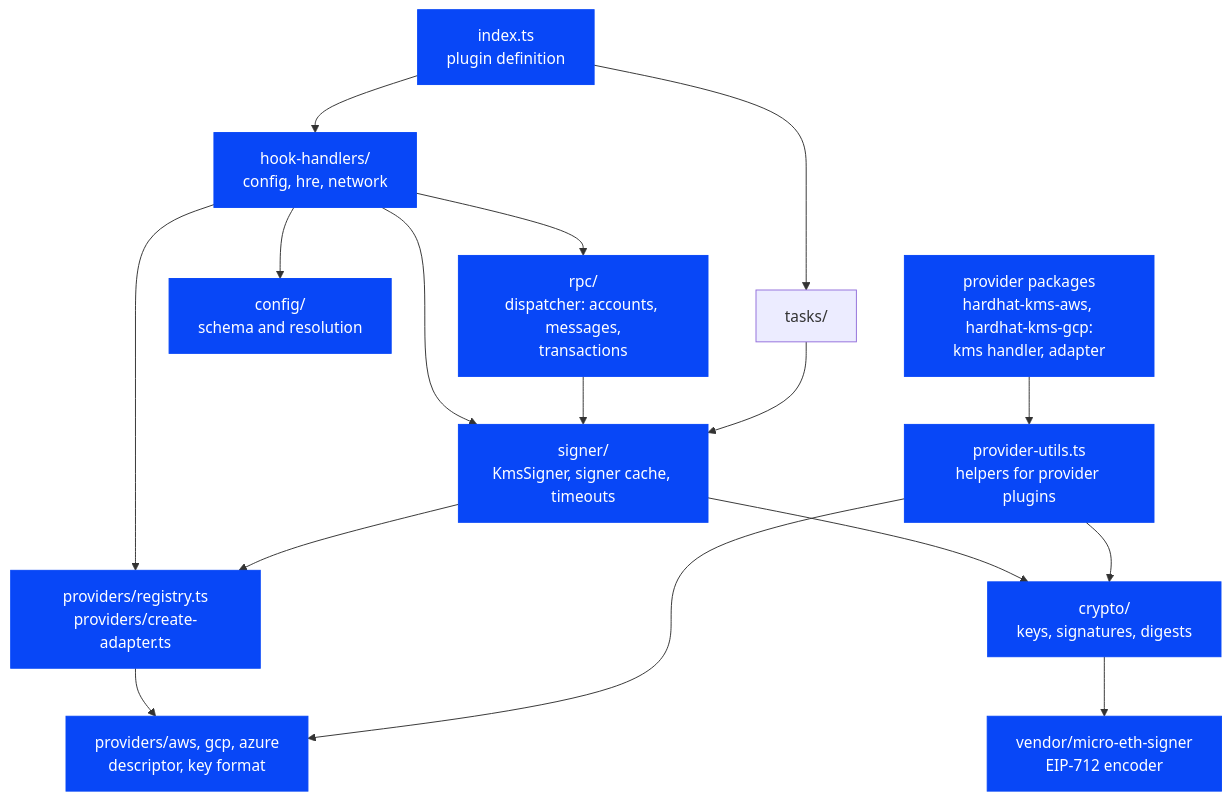
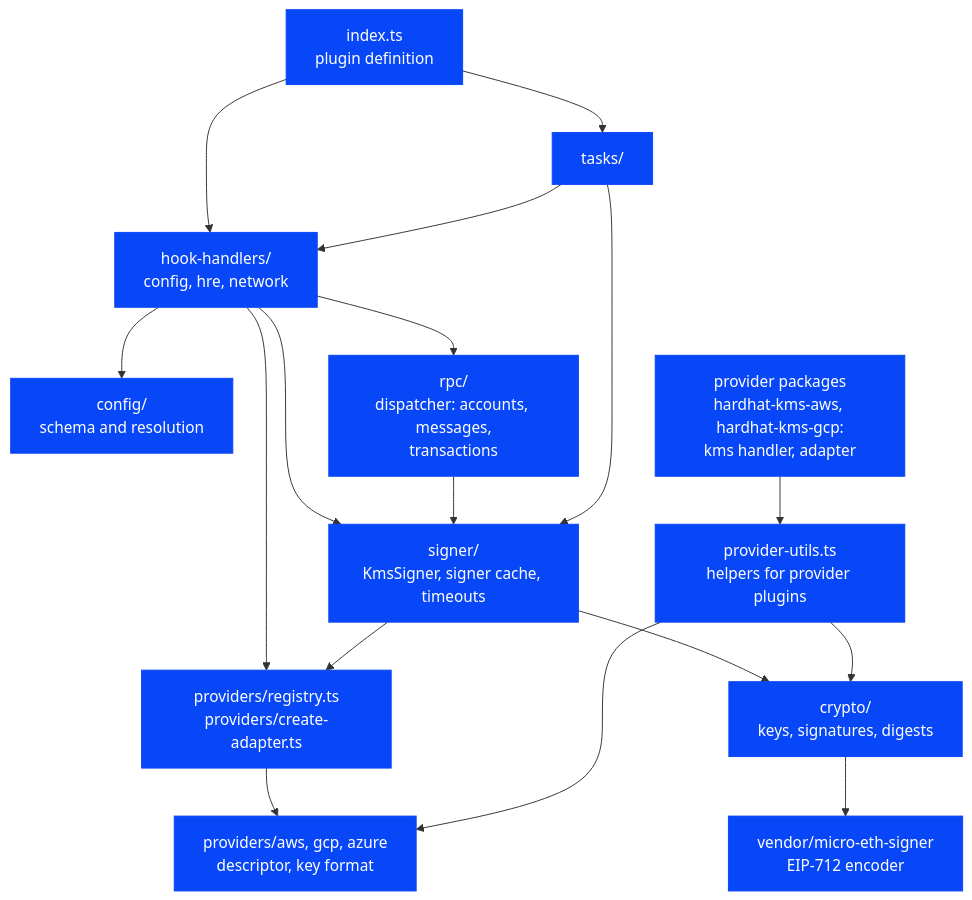
The first of 3 diagrams in docs/contributor/architecture.md (aelmanaa/hardhat-kms), drawn with Mermaid before and after one commit. The commit also changed other lines of this file and 23 other files, not shown here.

````diff
--- a/docs/contributor/architecture.md
+++ b/docs/contributor/architecture.md
@@ -11,20 +11,21 @@
 ```mermaid
 flowchart TD
   index["index.ts<br/>plugin definition"] --> hooks["hook-handlers/<br/>config, hre, network"]
   index --> tasks["tasks/"]
   hooks --> config["config/<br/>schema and resolution"]
   hooks --> registry["providers/registry.ts<br/>providers/create-adapter.ts"]
   hooks --> rpc["rpc/<br/>dispatcher: accounts, messages,<br/>transactions"]
   hooks --> signer
   rpc --> signer["signer/<br/>KmsSigner, signer cache, timeouts"]
   signer --> registry
   tasks --> signer
+  tasks --> hooks
   registry --> descriptors["providers/aws, gcp, azure<br/>descriptor, key format"]
   signer --> crypto["crypto/<br/>keys, signatures, digests"]
   packages["provider packages<br/>hardhat-kms-aws, hardhat-kms-gcp:<br/>kms handler, adapter"] --> utils["provider-utils.ts<br/>helpers for provider plugins"]
   utils --> crypto
   utils --> descriptors
   crypto --> vendor["vendor/micro-eth-signer<br/>EIP-712 encoder"]
   classDef done fill:#0847F7,color:#fff,stroke:#0847F7
-  class index,hooks,rpc,crypto,signer,vendor,config,registry,descriptors,packages,utils done
+  class index,hooks,rpc,crypto,signer,vendor,config,registry,descriptors,packages,utils,tasks done
 ```
````
